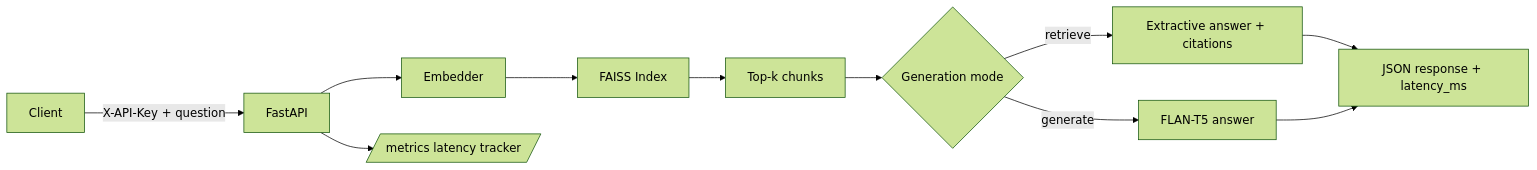
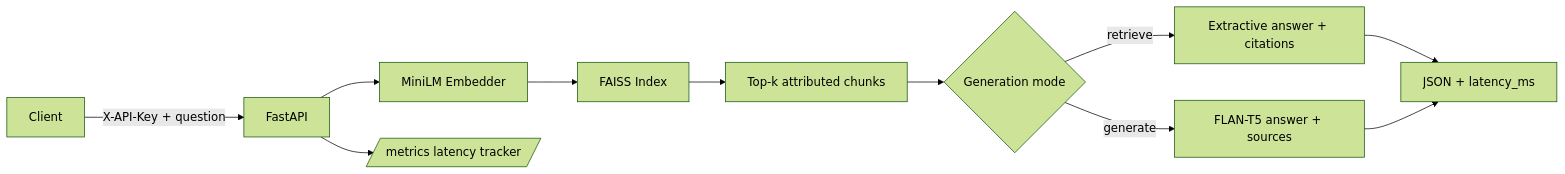
Before and after one commit to A-Yaghi/healthcare-rag-api: the diagram in README.md, drawn with Mermaid (forest theme). The commit also changed other lines of this file and 21 other files, not shown here.

First line of the commit message:
Upgrade to MiniLM + FLAN-T5 and index attributed open health sources.

````diff
--- a/README.md
+++ b/README.md
@@ -32,13 +48,13 @@
 ```mermaid
 flowchart LR
   A[Client] -->|X-API-Key + question| B[FastAPI]
-  B --> C[Embedder]
+  B --> C[MiniLM Embedder]
   C --> D[FAISS Index]
-  D --> E[Top-k chunks]
+  D --> E[Top-k attributed chunks]
   E --> F{Generation mode}
   F -->|retrieve| G[Extractive answer + citations]
-  F -->|generate| H[FLAN-T5 answer]
-  G --> I[JSON response + latency_ms]
+  F -->|generate| H[FLAN-T5 answer + sources]
+  G --> I[JSON + latency_ms]
   H --> I
   B --> J[/metrics latency tracker/]
 ```
````
